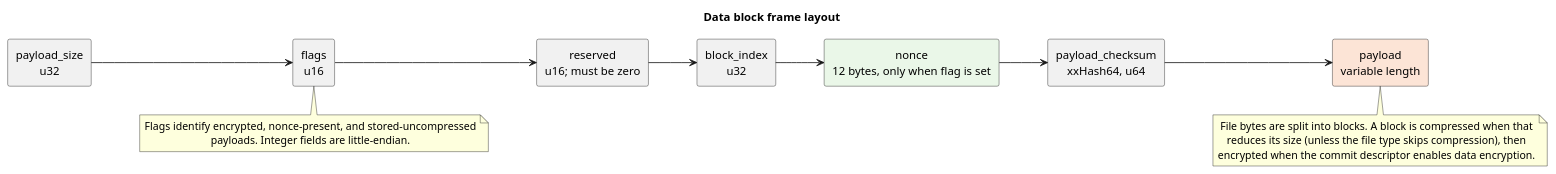
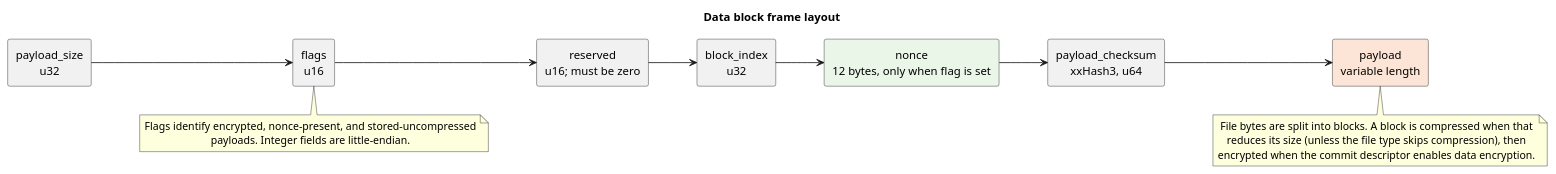
One commit to brmmm3/zar-rs changed the third of 3 diagrams in doc/zar-file-format.md. Above: the diagram before and after it, drawn with PlantUML. The commit also changed other lines of this file and 28 other files, not shown here.

````diff
--- a/doc/zar-file-format.md
+++ b/doc/zar-file-format.md
@@ -142,34 +142,34 @@
 ```plantuml
 @startuml
 title Data block frame layout
 left to right direction
 skinparam shadowing false
 skinparam defaultTextAlignment center
 
 rectangle "payload_size\nu32" as payload_size
 rectangle "flags\nu16" as flags
 rectangle "reserved\nu16; must be zero" as reserved
 rectangle "block_index\nu32" as block_index
 rectangle "nonce\n12 bytes, only when flag is set" as nonce #EAF7E8
-rectangle "payload_checksum\nxxHash64, u64" as checksum
+rectangle "payload_checksum\nxxHash3, u64" as checksum
 rectangle "payload\nvariable length" as payload #FCE4D6
 
 payload_size --> flags
 flags --> reserved
 reserved --> block_index
 block_index --> nonce
 nonce --> checksum
 checksum --> payload
 
 note bottom of flags
 Flags identify encrypted, nonce-present, and stored-uncompressed
 payloads. Integer fields are little-endian.
 end note
 
 note bottom of payload
 File bytes are split into blocks. A block is compressed when that
 reduces its size (unless the file type skips compression), then
 encrypted when the commit descriptor enables data encryption.
 end note
 @enduml
 ```
````
